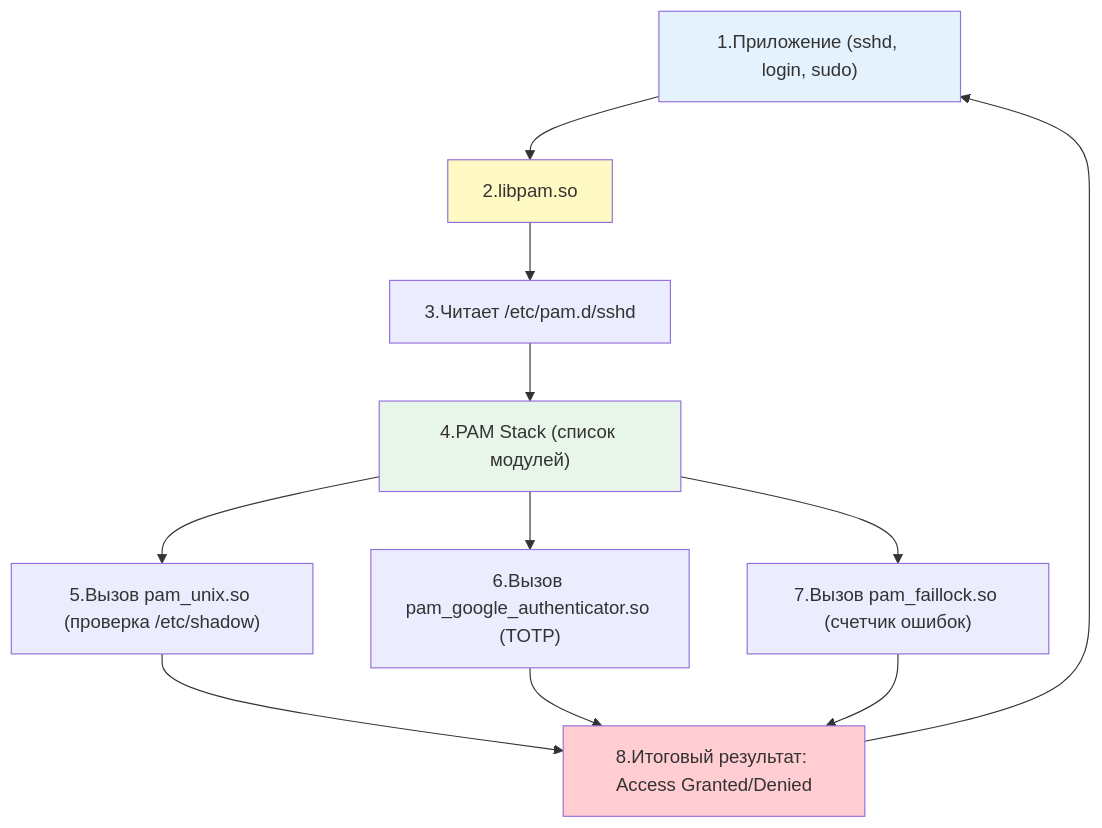
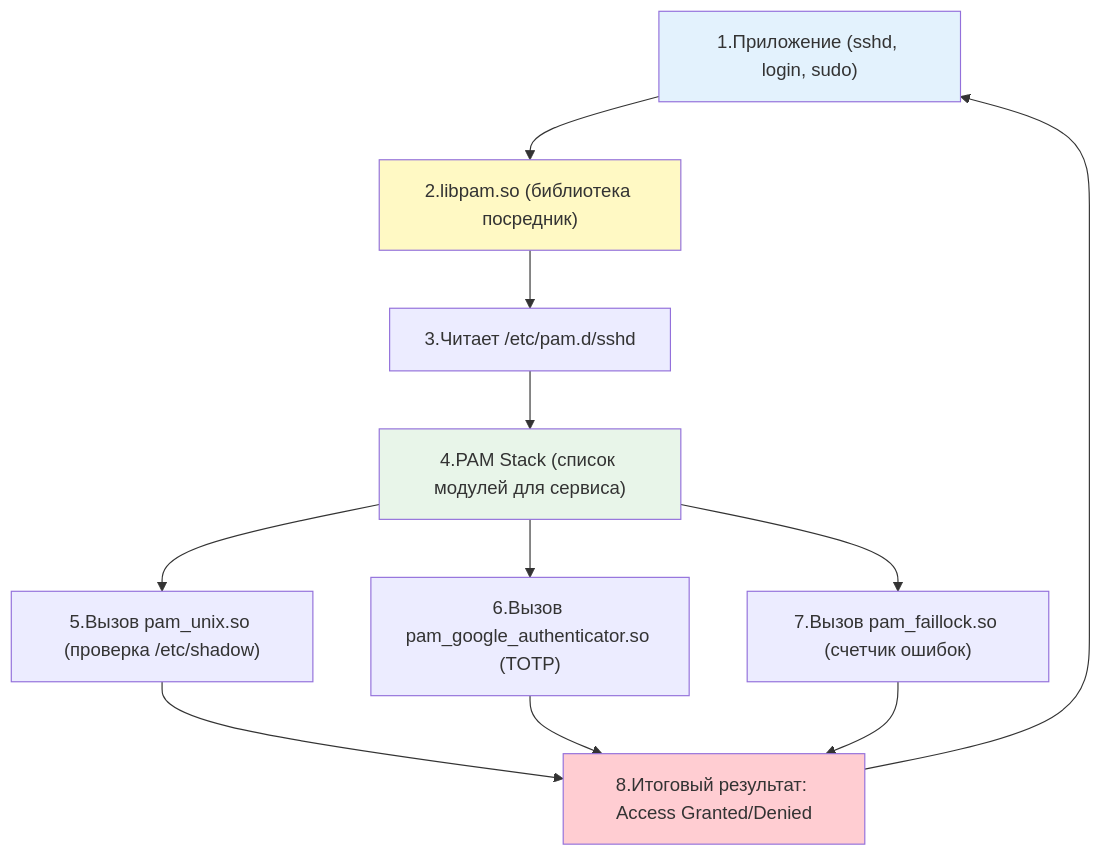
The second of 3 diagrams in DevOps/Сетевое и системное администрирование/1. Операционные системы/1. Linux/8. Пользователи, группы, аутентификация/6. PAM.md (Dzhambulat-Kagermanov/obsidian-vault), drawn with Mermaid before and after one commit. The commit also changed other lines of this file, not shown here.

Commit message:
auto-backup: 2026-07-24 20:47:19 (1) M DevOps/Сетевое и системное администрирование/1. Операционные системы/1. Linux/8. Пользователи, группы, аутентификация/6. PAM.md

````diff
--- a/DevOps/Сетевое и системное администрирование/1. Операционные системы/1. Linux/8. Пользователи, группы, аутентификация/6. PAM.md
+++ b/DevOps/Сетевое и системное администрирование/1. Операционные системы/1. Linux/8. Пользователи, группы, аутентификация/6. PAM.md
@@ -30,20 +77,20 @@
 ```mermaid
 graph TD
-    App["1.Приложение (sshd, login, sudo)"] --> Lib["2.libpam.so"]
+    App["1.Приложение (sshd, login, sudo)"] --> Lib["2.libpam.so (библиотека посредник)"]
     Lib --> Conf["3.Читает /etc/pam.d/sshd"]
-    Conf --> Stack["4.PAM Stack (список модулей)"]
+    Conf --> Stack["4.PAM Stack (список модулей для сервиса)"]
     Stack --> M1["5.Вызов pam_unix.so (проверка /etc/shadow)"]
     Stack --> M2["6.Вызов pam_google_authenticator.so (TOTP)"]
     Stack --> M3["7.Вызов pam_faillock.so (счетчик ошибок)"]
     
     M1 --> Result["8.Итоговый результат: Access Granted/Denied"]
     M2 --> Result
     M3 --> Result
     
     Result --> App
     
     style App fill:#e3f2fd
     style Lib fill:#fff9c4
     style Stack fill:#e8f5e9
     style Result fill:#ffcdd2
 ```
````
